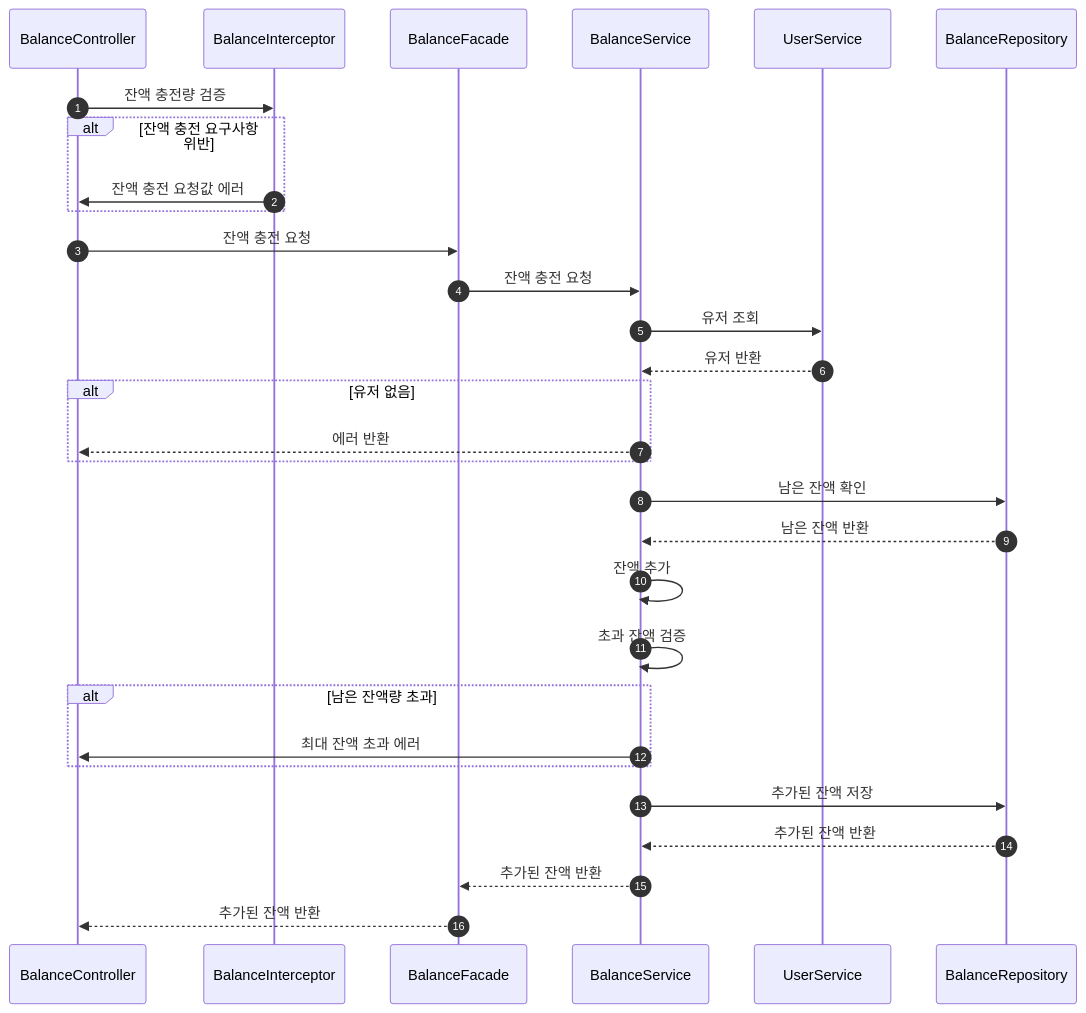
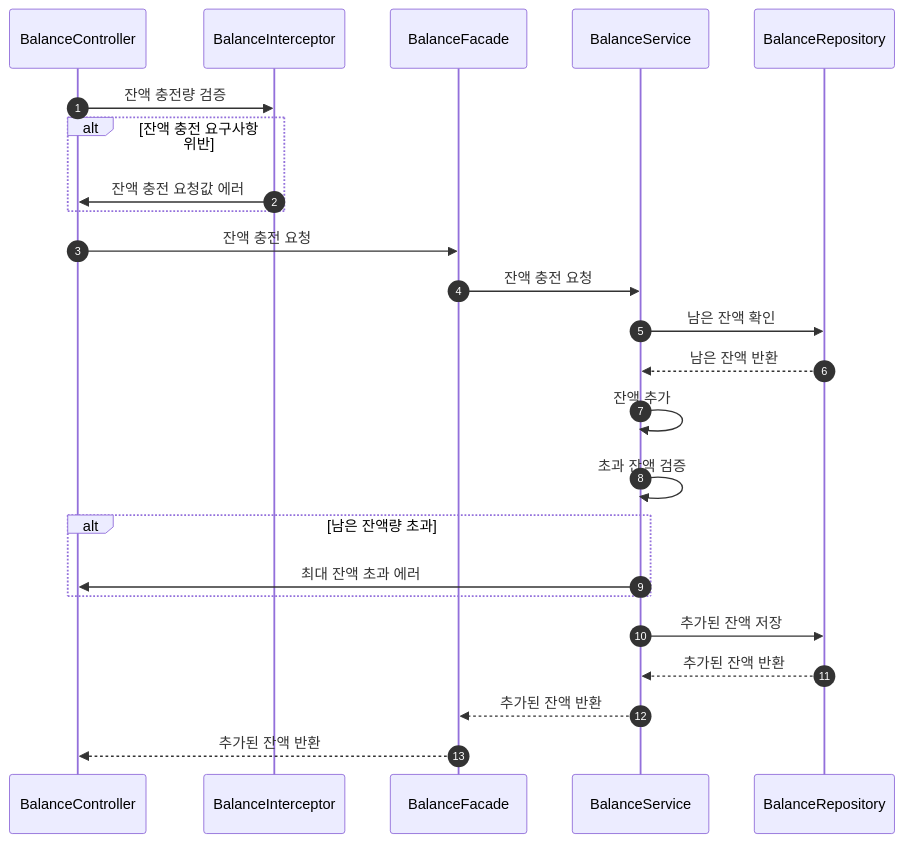
The second of 7 diagrams in docs/sequence/시퀀스_다이어그램.md (tre2man/hhplus-commerce), drawn with Mermaid before and after one commit.

Commit message:
document: remove userService

````diff
--- a/docs/sequence/시퀀스_다이어그램.md
+++ b/docs/sequence/시퀀스_다이어그램.md
@@ -21,33 +21,27 @@
 ```mermaid
 sequenceDiagram
     autonumber
     participant BalanceController
     participant BalanceInterceptor
     participant BalanceFacade
     participant BalanceService
-    participant UserService
     participant BalanceRepository
 
     BalanceController->>BalanceInterceptor: 잔액 충전량 검증
     alt 잔액 충전 요구사항 위반
         BalanceInterceptor->>BalanceController: 잔액 충전 요청값 에러
     end
     BalanceController->>BalanceFacade: 잔액 충전 요청
     BalanceFacade->>BalanceService: 잔액 충전 요청
-    BalanceService->>UserService: 유저 조회
-    UserService-->>BalanceService: 유저 반환
-    alt 유저 없음
-        BalanceService-->>BalanceController: 에러 반환
-    end
     BalanceService->>BalanceRepository: 남은 잔액 확인
     BalanceRepository-->>BalanceService: 남은 잔액 반환
     BalanceService->>BalanceService: 잔액 추가
     BalanceService->>BalanceService: 초과 잔액 검증
     alt 남은 잔액량 초과
         BalanceService->>BalanceController: 최대 잔액 초과 에러
     end
     BalanceService->>BalanceRepository: 추가된 잔액 저장
     BalanceRepository-->>BalanceService: 추가된 잔액 반환
     BalanceService-->>BalanceFacade: 추가된 잔액 반환
     BalanceFacade-->>BalanceController: 추가된 잔액 반환
 ```
````
